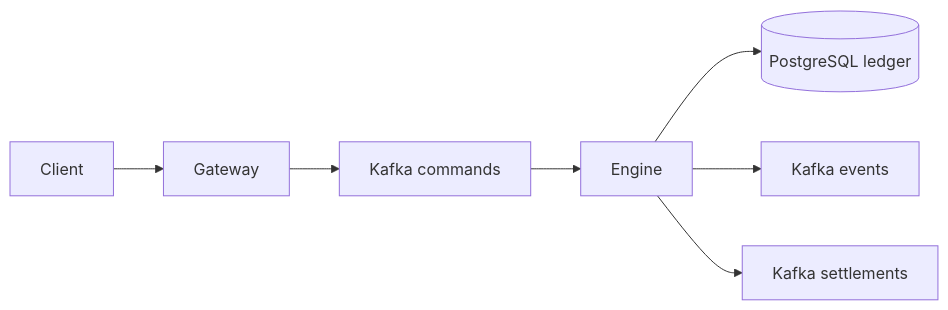
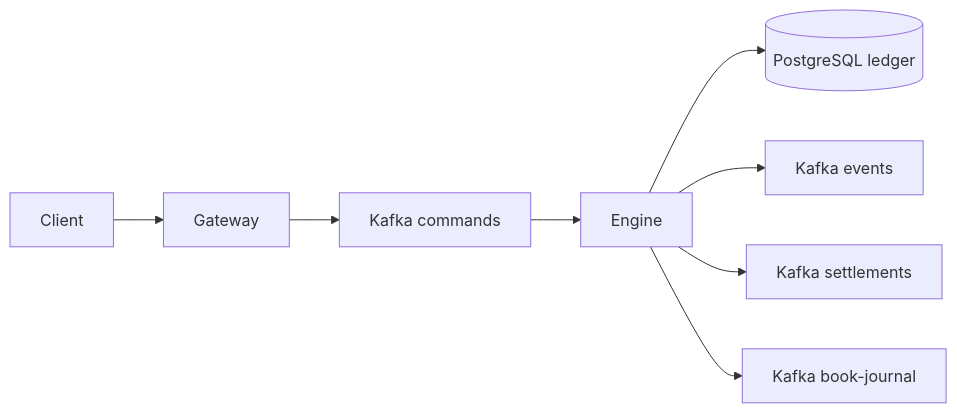
The diagram in AGENTS.md (victorgmacedo/mb), drawn with Mermaid before and after one commit. The commit also changed other lines of this file and 22 other files, not shown here.

Commit message:
feat: recover book from journal

````diff
--- a/AGENTS.md
+++ b/AGENTS.md
@@ -26,9 +26,10 @@
 ```mermaid
 flowchart LR
     Client --> Gateway
     Gateway --> Commands[Kafka commands]
     Commands --> Engine
     Engine --> Postgres[(PostgreSQL ledger)]
     Engine --> Events[Kafka events]
     Engine --> Settlements[Kafka settlements]
+    Engine --> BookJournal[Kafka book-journal]
 ```
````
